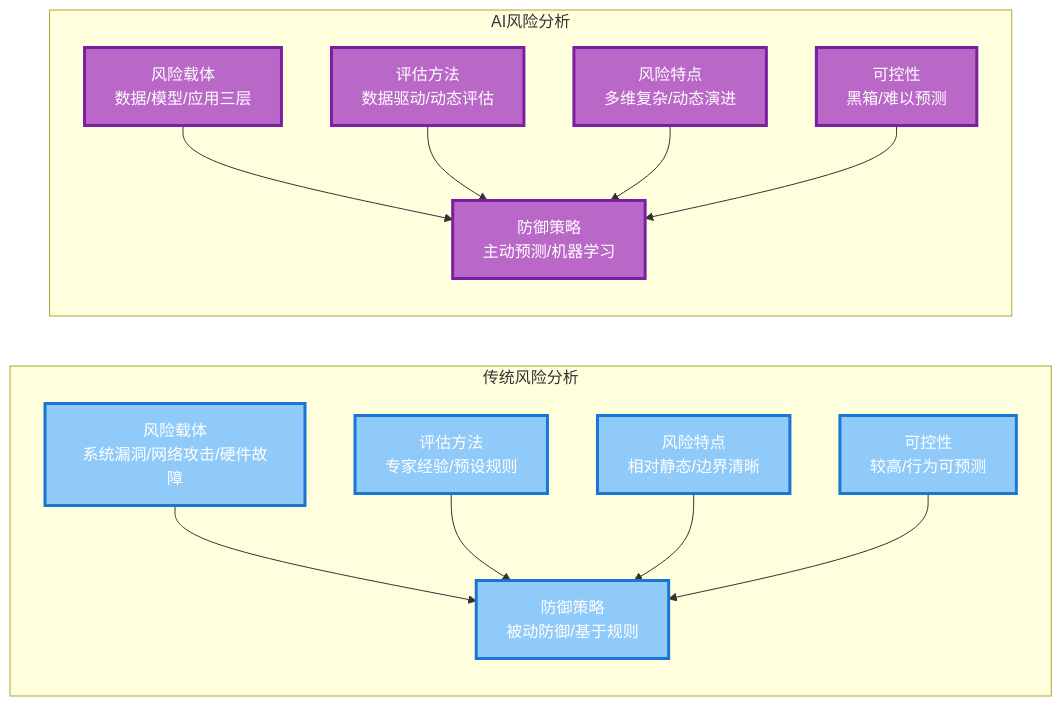
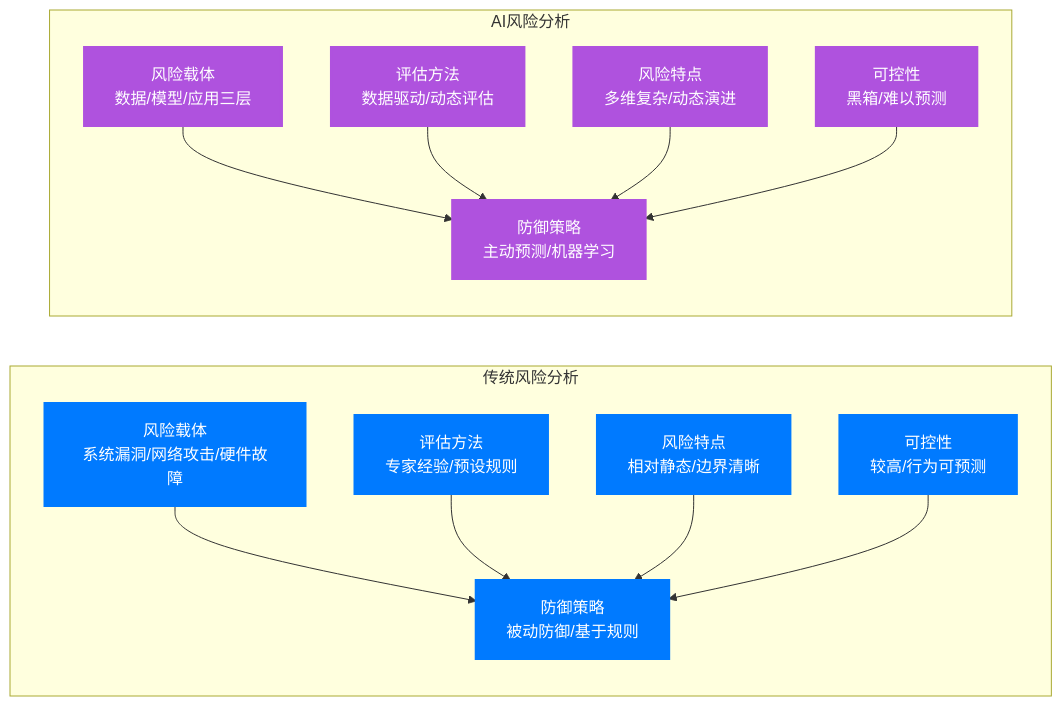
Diagram 11 of 13 in content/posts/2026-01-16-automotive-risk-analysis-overview.md (s-ai-unix/blog), drawn with Mermaid before and after one commit. The commit also changed other lines of this file and 9 other files, not shown here.

````diff
--- a/content/posts/2026-01-16-automotive-risk-analysis-overview.md
+++ b/content/posts/2026-01-16-automotive-risk-analysis-overview.md
@@ -615,29 +693,29 @@
 ```mermaid
 graph LR
     subgraph 传统风险分析
         T1[风险载体<br>系统漏洞/网络攻击/硬件故障]:::trad
         T2[评估方法<br>专家经验/预设规则]:::trad
         T3[风险特点<br>相对静态/边界清晰]:::trad
         T4[可控性<br>较高/行为可预测]:::trad
 
         T1 --> T5[防御策略<br>被动防御/基于规则]:::trad
         T2 --> T5
         T3 --> T5
         T4 --> T5
     end
 
     subgraph AI风险分析
         A1[风险载体<br>数据/模型/应用三层]:::ai
         A2[评估方法<br>数据驱动/动态评估]:::ai
         A3[风险特点<br>多维复杂/动态演进]:::ai
         A4[可控性<br>黑箱/难以预测]:::ai
 
         A1 --> A5[防御策略<br>主动预测/机器学习]:::ai
         A2 --> A5
         A3 --> A5
         A4 --> A5
     end
 
-    classDef trad fill:#90caf9,stroke:#1976d2,stroke-width:3px,color:#ffffff
-    classDef ai fill:#ba68c8,stroke:#7b1fa2,stroke-width:3px,color:#ffffff
+    classDef trad fill:#007AFF,stroke:#007AFF,stroke-width:3px,color:#ffffff
+    classDef ai fill:#AF52DE,stroke:#AF52DE,stroke-width:3px,color:#ffffff
 ```
````
